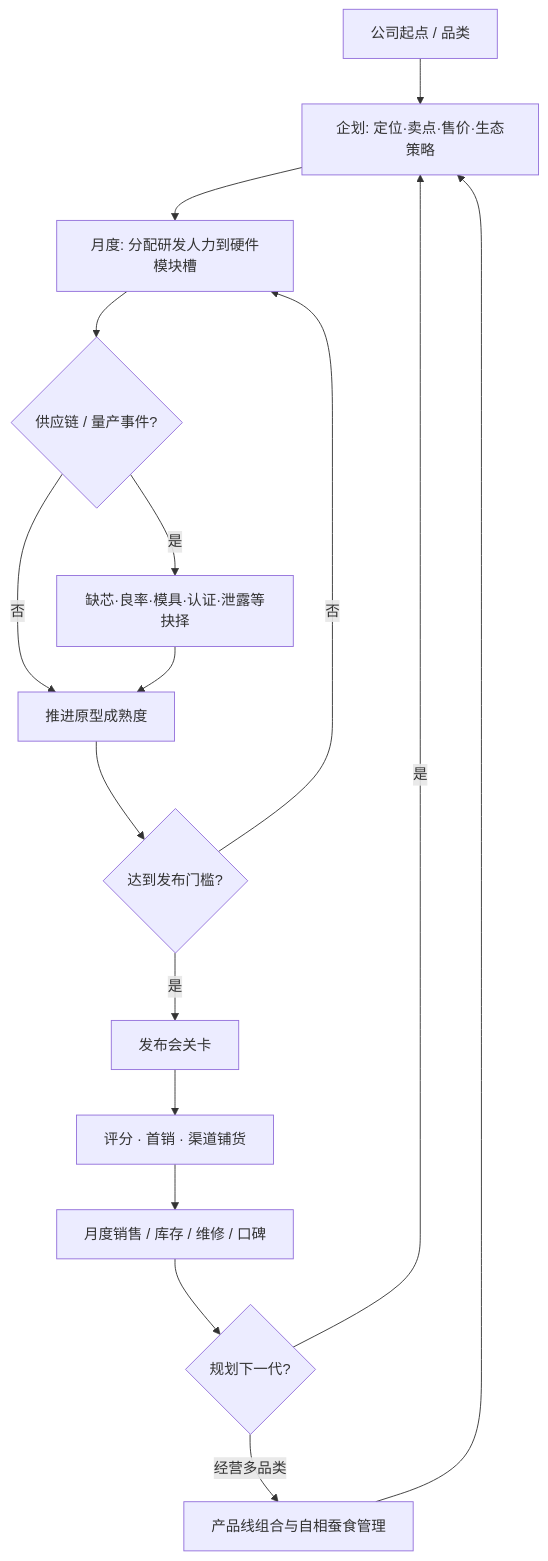
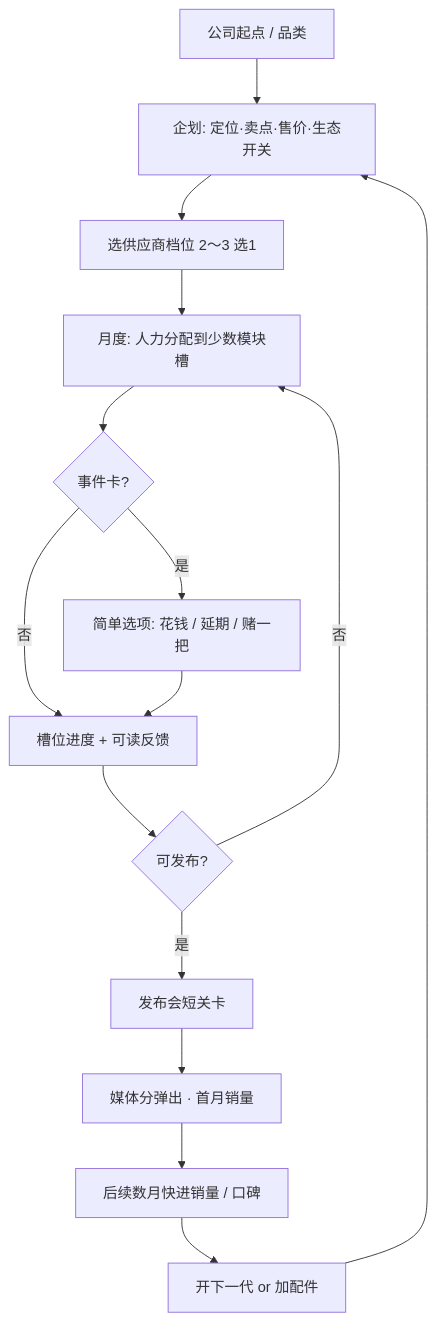
Before and after one commit to Crowffery/tech-product-simulator: the diagram in docs/GAME_DESIGN.md, drawn with Mermaid. The commit also changed other lines of this file and 2 other files, not shown here.

````diff
--- a/docs/GAME_DESIGN.md
+++ b/docs/GAME_DESIGN.md
@@ -78,18 +93,17 @@
 ```mermaid
 flowchart TD
-  A[公司起点 / 品类] --> B[企划: 定位·卖点·售价·生态策略]
-  B --> C[月度: 分配研发人力到硬件模块槽]
-  C --> D{供应链 / 量产事件?}
-  D -->|是| E[缺芯·良率·模具·认证·泄露等抉择]
-  D -->|否| F[推进原型成熟度]
-  E --> F
-  F --> G{达到发布门槛?}
-  G -->|否| C
-  G -->|是| H[发布会关卡]
-  H --> I[评分 · 首销 · 渠道铺货]
-  I --> J[月度销售 / 库存 / 维修 / 口碑]
-  J --> K{规划下一代?}
-  K -->|是| B
-  K -->|经营多品类| L[产品线组合与自相蚕食管理]
+  A[公司起点 / 品类] --> B[企划: 定位·卖点·售价·生态开关]
+  B --> C[选供应商档位 2～3 选1]
+  C --> D[月度: 人力分配到少数模块槽]
+  D --> E{事件卡?}
+  E -->|是| F[简单选项: 花钱 / 延期 / 赌一把]
+  E -->|否| G[槽位进度 + 可读反馈]
+  F --> G
+  G --> H{可发布?}
+  H -->|否| D
+  H -->|是| I[发布会短关卡]
+  I --> J[媒体分弹出 · 首月销量]
+  J --> K[后续数月快进销量 / 口碑]
+  K --> L[开下一代 or 加配件]
   L --> B
 ```
````
